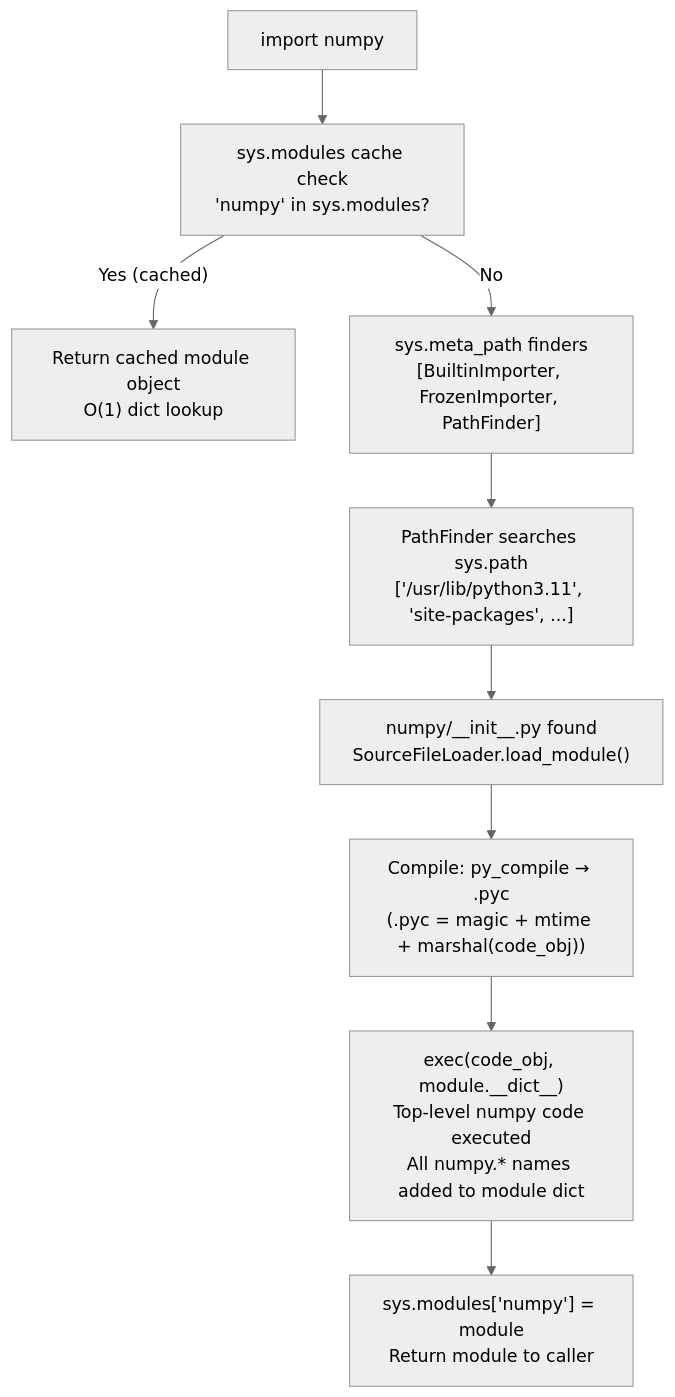
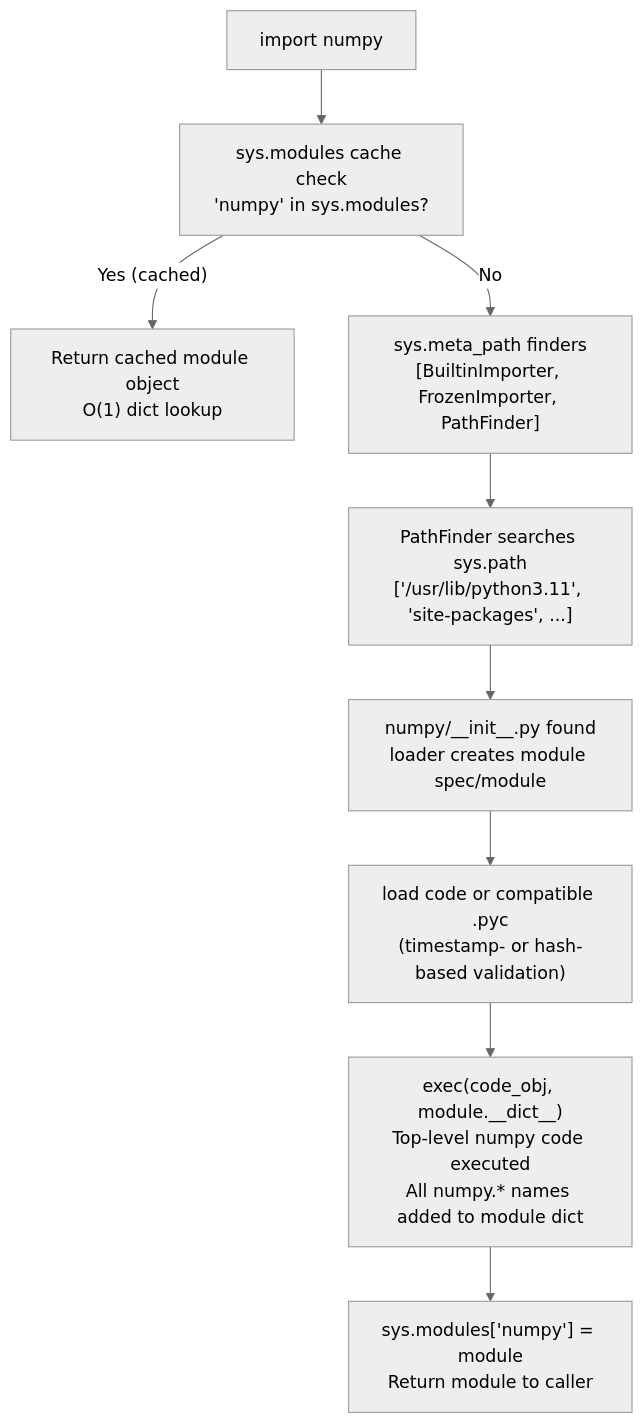
One commit to choisimo/document changed diagram 12 of 20 in content/docs/books/cs-reference/ko/python-internals.md. Above: the diagram before and after it, drawn with Mermaid (neutral theme). The commit also changed other lines of this file and 504 other files, not shown here.

````diff
--- a/content/docs/books/cs-reference/ko/python-internals.md
+++ b/content/docs/books/cs-reference/ko/python-internals.md
@@ -440,11 +450,11 @@
 ```mermaid
 flowchart TD
     A["import numpy"] --> B["sys.modules cache check\n'numpy' in sys.modules?"]
     B -->|"Yes (cached)"| C["Return cached module object\nO(1) dict lookup"]
     B -->|"No"| D["sys.meta_path finders\n[BuiltinImporter, FrozenImporter, PathFinder]"]
     D --> E["PathFinder searches sys.path\n['/usr/lib/python3.11', 'site-packages', ...]"]
-    E --> F["numpy/__init__.py found\nSourceFileLoader.load_module()"]
-    F --> G["Compile: py_compile → .pyc\n(.pyc = magic + mtime + marshal(code_obj))"]
+    E --> F["numpy/__init__.py found\nloader creates module spec/module"]
+    F --> G["load code or compatible .pyc\n(timestamp- or hash-based validation)"]
     G --> H["exec(code_obj, module.__dict__)\nTop-level numpy code executed\nAll numpy.* names added to module dict"]
     H --> I["sys.modules['numpy'] = module\nReturn module to caller"]
 ```
````
